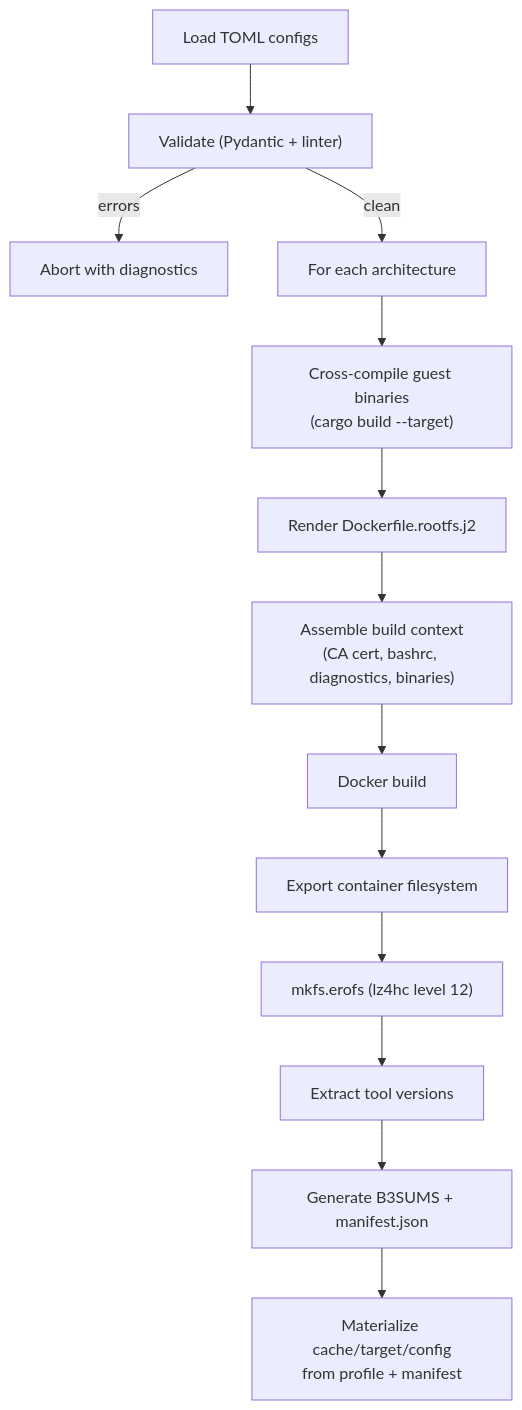
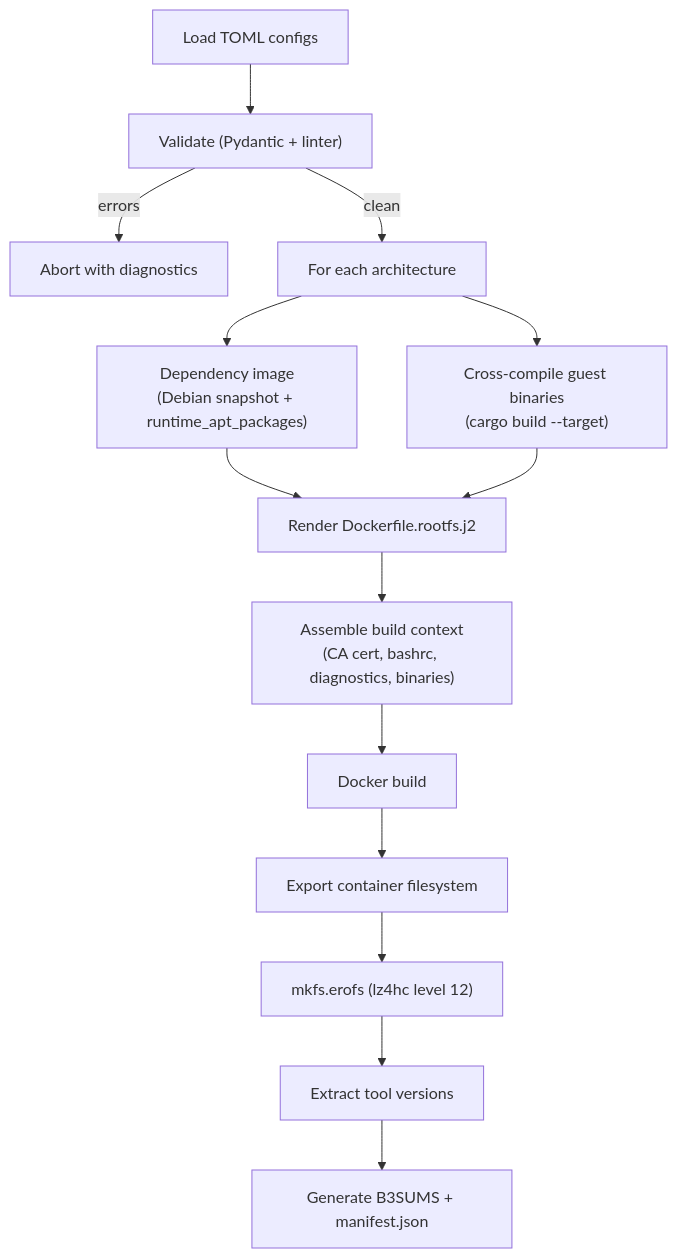
The second of 5 diagrams in web/docs/src/content/docs/architecture/build-system.md (google/capsem), drawn with Mermaid before and after one commit. The commit also changed other lines of this file and 51 other files, not shown here.

````diff
--- a/web/docs/src/content/docs/architecture/build-system.md
+++ b/web/docs/src/content/docs/architecture/build-system.md
@@ -220,15 +213,16 @@
 ```mermaid
 flowchart TD
   Load["Load TOML configs"] --> Validate["Validate (Pydantic + linter)"]
   Validate -->|errors| Abort["Abort with diagnostics"]
   Validate -->|clean| Arches["For each architecture"]
+  Arches --> Deps["Dependency image\n(Debian snapshot + runtime_apt_packages)"]
   Arches --> Cross["Cross-compile guest binaries\n(cargo build --target)"]
-  Cross --> Render["Render Dockerfile.rootfs.j2"]
+  Deps --> Render["Render Dockerfile.rootfs.j2"]
+  Cross --> Render
   Render --> Context["Assemble build context\n(CA cert, bashrc, diagnostics, binaries)"]
   Context --> Build["Docker build"]
   Build --> Export["Export container filesystem"]
   Export --> Erofs["mkfs.erofs (lz4hc level 12)"]
   Erofs --> Versions["Extract tool versions"]
   Versions --> Checksums["Generate B3SUMS + manifest.json"]
-  Checksums --> Materialize["Materialize cache/target/config\nfrom profile + manifest"]
 ```
````
